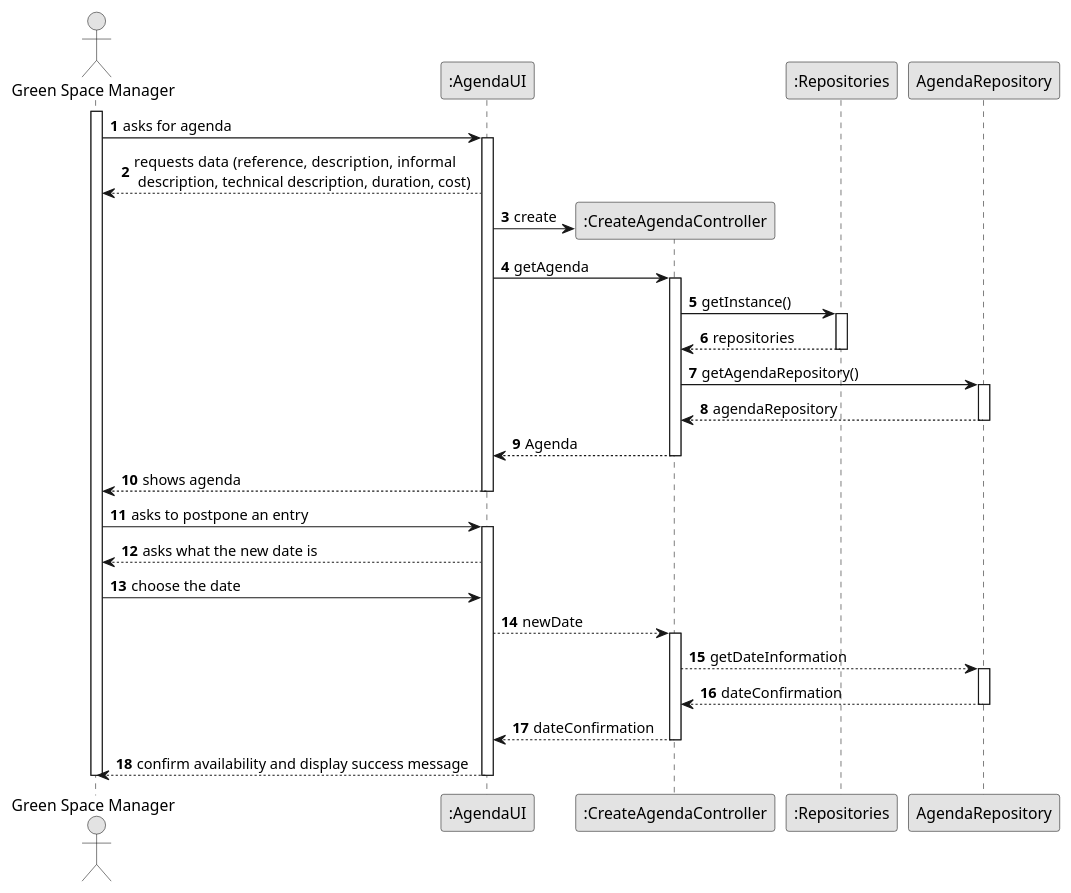
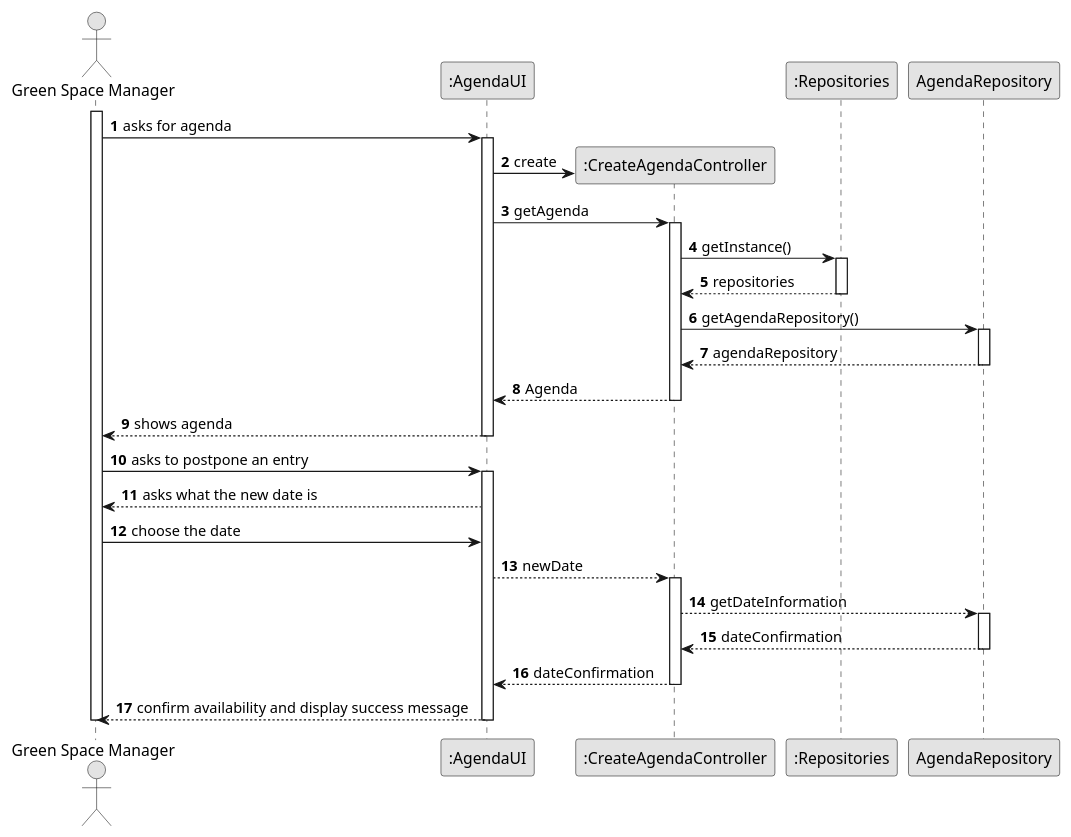
The diagram in docs/sprintC/us024/03.design/puml/us024-sequence-diagram-full.puml (Departamento-de-Engenharia-Informatica/lei-24-s2-1dl-g121), drawn with PlantUML before and after one commit.

Commit message:
small updates

```diff
--- a/docs/sprintC/us024/03.design/puml/us024-sequence-diagram-full.puml
+++ b/docs/sprintC/us024/03.design/puml/us024-sequence-diagram-full.puml
@@ -1,77 +1,77 @@
 @startuml
 skinparam monochrome true
 skinparam packageStyle rectangle
 skinparam shadowing false
 
 autonumber
 
 'hide footbox
 actor "Green Space Manager" as ADM
 participant ":AgendaUI" as UI
 participant ":CreateAgendaController" as CTRL
 participant ":Repositories" as RepositorySingleton
 
 participant "AgendaRepository" as Agenda
 
 activate ADM
 
         ADM -> UI : asks for agenda
 
         activate UI
 
-                      UI --> ADM : requests data (reference, description,  informal \n description, technical description, duration, cost)
+
                        'create CTRL
                         UI -> CTRL** : create
 
                         UI -> CTRL : getAgenda
                         activate CTRL
 
                             CTRL -> RepositorySingleton : getInstance()
                             activate RepositorySingleton
 
                                 RepositorySingleton --> CTRL: repositories
                             deactivate RepositorySingleton
 
                             CTRL -> Agenda : getAgendaRepository()
                             activate Agenda
 
                                 Agenda --> CTRL: agendaRepository
                             deactivate Agenda
 
 
 
                             CTRL --> UI : Agenda
                     deactivate CTRL
 
             UI --> ADM : shows agenda
         deactivate UI
 
     ADM -> UI : asks to postpone an entry
     activate UI
 
         UI --> ADM : asks what the new date is
 
 
     ADM -> UI : choose the date
 
     UI --> CTRL : newDate
         activate CTRL
 
         CTRL -->Agenda : getDateInformation
 
         activate Agenda
 
         Agenda --> CTRL : dateConfirmation
 
         deactivate Agenda
 
         CTRL --> UI : dateConfirmation
 
             deactivate CTRL
             UI --> ADM: confirm availability and display success message
 
     deactivate UI
 
 deactivate ADM
 
 @enduml
```
